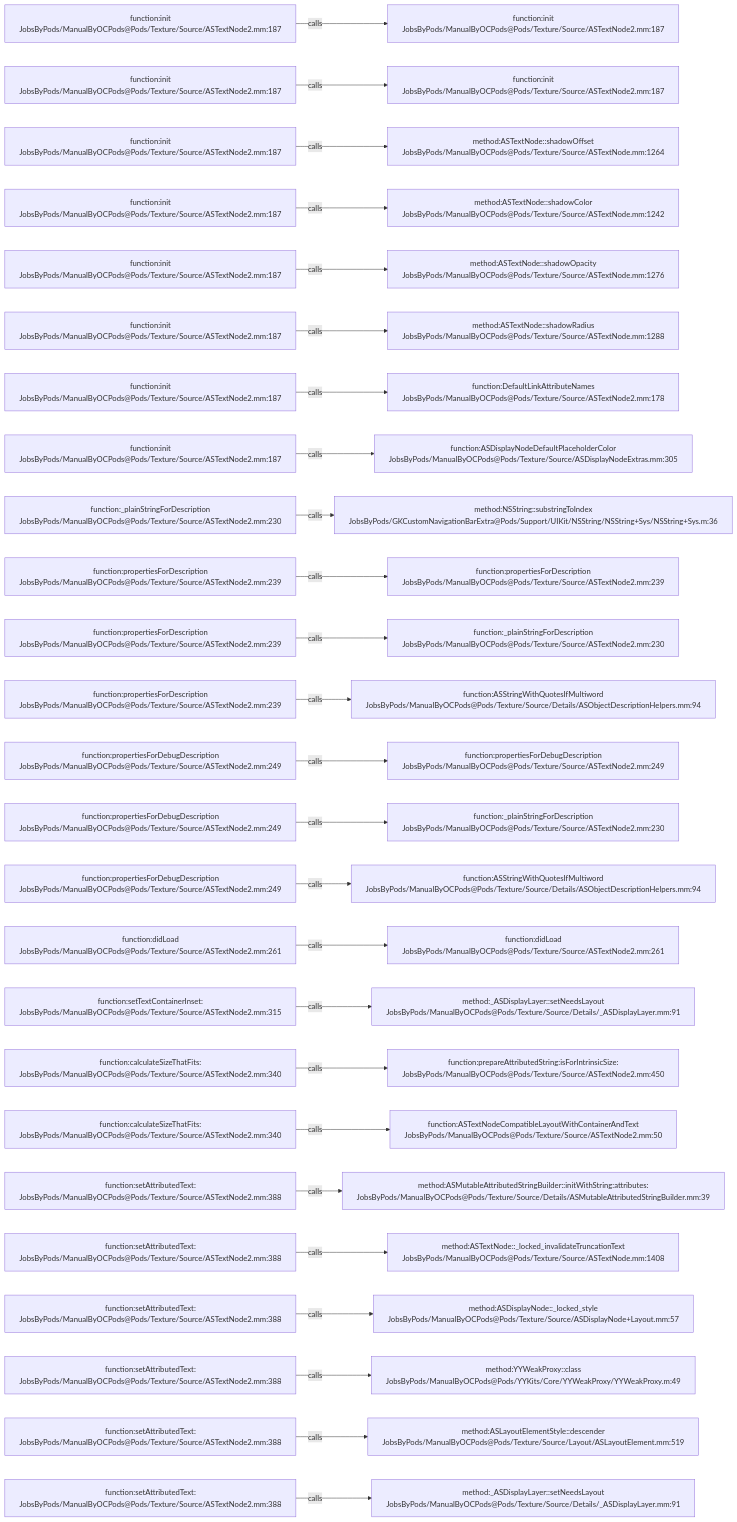
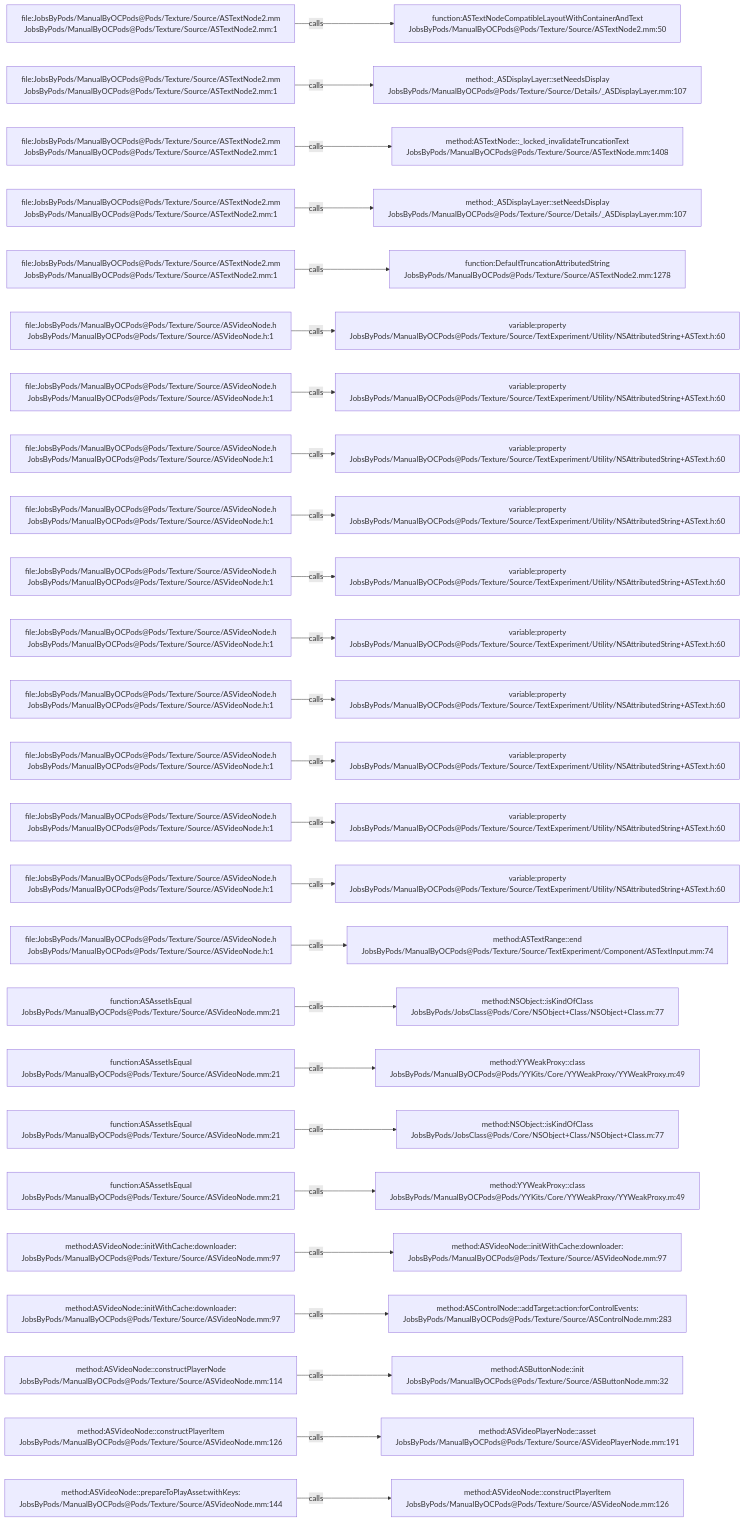
One commit to JobsKits/JobsOCBaseConfigDemo changed the diagram in .codegraph/codegraph.md/graphs/calls-140.md. Above: the diagram before and after it, drawn with Mermaid. The commit also changed 1353 other files, not shown here.

````diff
--- a/.codegraph/codegraph.md/graphs/calls-140.md
+++ b/.codegraph/codegraph.md/graphs/calls-140.md
@@ -13,78 +13,78 @@
 ```mermaid
 flowchart LR
-  S1["function:init<br/>JobsByPods/ManualByOCPods@Pods/Texture/Source/ASTextNode2.mm:187"]
-  T1["function:init<br/>JobsByPods/ManualByOCPods@Pods/Texture/Source/ASTextNode2.mm:187"]
+  S1["file:JobsByPods/ManualByOCPods@Pods/Texture/Source/ASTextNode2.mm<br/>JobsByPods/ManualByOCPods@Pods/Texture/Source/ASTextNode2.mm:1"]
+  T1["function:ASTextNodeCompatibleLayoutWithContainerAndText<br/>JobsByPods/ManualByOCPods@Pods/Texture/Source/ASTextNode2.mm:50"]
   S1 -->|calls| T1
-  S2["function:init<br/>JobsByPods/ManualByOCPods@Pods/Texture/Source/ASTextNode2.mm:187"]
-  T2["function:init<br/>JobsByPods/ManualByOCPods@Pods/Texture/Source/ASTextNode2.mm:187"]
+  S2["file:JobsByPods/ManualByOCPods@Pods/Texture/Source/ASTextNode2.mm<br/>JobsByPods/ManualByOCPods@Pods/Texture/Source/ASTextNode2.mm:1"]
+  T2["method:_ASDisplayLayer::setNeedsDisplay<br/>JobsByPods/ManualByOCPods@Pods/Texture/Source/Details/_ASDisplayLayer.mm:107"]
   S2 -->|calls| T2
-  S3["function:init<br/>JobsByPods/ManualByOCPods@Pods/Texture/Source/ASTextNode2.mm:187"]
-  T3["method:ASTextNode::shadowOffset<br/>JobsByPods/ManualByOCPods@Pods/Texture/Source/ASTextNode.mm:1264"]
+  S3["file:JobsByPods/ManualByOCPods@Pods/Texture/Source/ASTextNode2.mm<br/>JobsByPods/ManualByOCPods@Pods/Texture/Source/ASTextNode2.mm:1"]
+  T3["method:ASTextNode::_locked_invalidateTruncationText<br/>JobsByPods/ManualByOCPods@Pods/Texture/Source/ASTextNode.mm:1408"]
   S3 -->|calls| T3
-  S4["function:init<br/>JobsByPods/ManualByOCPods@Pods/Texture/Source/ASTextNode2.mm:187"]
-  T4["method:ASTextNode::shadowColor<br/>JobsByPods/ManualByOCPods@Pods/Texture/Source/ASTextNode.mm:1242"]
+  S4["file:JobsByPods/ManualByOCPods@Pods/Texture/Source/ASTextNode2.mm<br/>JobsByPods/ManualByOCPods@Pods/Texture/Source/ASTextNode2.mm:1"]
+  T4["method:_ASDisplayLayer::setNeedsDisplay<br/>JobsByPods/ManualByOCPods@Pods/Texture/Source/Details/_ASDisplayLayer.mm:107"]
   S4 -->|calls| T4
-  S5["function:init<br/>JobsByPods/ManualByOCPods@Pods/Texture/Source/ASTextNode2.mm:187"]
-  T5["method:ASTextNode::shadowOpacity<br/>JobsByPods/ManualByOCPods@Pods/Texture/Source/ASTextNode.mm:1276"]
+  S5["file:JobsByPods/ManualByOCPods@Pods/Texture/Source/ASTextNode2.mm<br/>JobsByPods/ManualByOCPods@Pods/Texture/Source/ASTextNode2.mm:1"]
+  T5["function:DefaultTruncationAttributedString<br/>JobsByPods/ManualByOCPods@Pods/Texture/Source/ASTextNode2.mm:1278"]
   S5 -->|calls| T5
-  S6["function:init<br/>JobsByPods/ManualByOCPods@Pods/Texture/Source/ASTextNode2.mm:187"]
-  T6["method:ASTextNode::shadowRadius<br/>JobsByPods/ManualByOCPods@Pods/Texture/Source/ASTextNode.mm:1288"]
+  S6["file:JobsByPods/ManualByOCPods@Pods/Texture/Source/ASVideoNode.h<br/>JobsByPods/ManualByOCPods@Pods/Texture/Source/ASVideoNode.h:1"]
+  T6["variable:property<br/>JobsByPods/ManualByOCPods@Pods/Texture/Source/TextExperiment/Utility/NSAttributedString+ASText.h:60"]
   S6 -->|calls| T6
-  S7["function:init<br/>JobsByPods/ManualByOCPods@Pods/Texture/Source/ASTextNode2.mm:187"]
-  T7["function:DefaultLinkAttributeNames<br/>JobsByPods/ManualByOCPods@Pods/Texture/Source/ASTextNode2.mm:178"]
+  S7["file:JobsByPods/ManualByOCPods@Pods/Texture/Source/ASVideoNode.h<br/>JobsByPods/ManualByOCPods@Pods/Texture/Source/ASVideoNode.h:1"]
+  T7["variable:property<br/>JobsByPods/ManualByOCPods@Pods/Texture/Source/TextExperiment/Utility/NSAttributedString+ASText.h:60"]
   S7 -->|calls| T7
-  S8["function:init<br/>JobsByPods/ManualByOCPods@Pods/Texture/Source/ASTextNode2.mm:187"]
-  T8["function:ASDisplayNodeDefaultPlaceholderColor<br/>JobsByPods/ManualByOCPods@Pods/Texture/Source/ASDisplayNodeExtras.mm:305"]
+  S8["file:JobsByPods/ManualByOCPods@Pods/Texture/Source/ASVideoNode.h<br/>JobsByPods/ManualByOCPods@Pods/Texture/Source/ASVideoNode.h:1"]
+  T8["variable:property<br/>JobsByPods/ManualByOCPods@Pods/Texture/Source/TextExperiment/Utility/NSAttributedString+ASText.h:60"]
   S8 -->|calls| T8
-  S9["function:_plainStringForDescription<br/>JobsByPods/ManualByOCPods@Pods/Texture/Source/ASTextNode2.mm:230"]
-  T9["method:NSString::substringToIndex<br/>JobsByPods/GKCustomNavigationBarExtra@Pods/Support/UIKit/NSString/NSString+Sys/NSString+Sys.m:36"]
+  S9["file:JobsByPods/ManualByOCPods@Pods/Texture/Source/ASVideoNode.h<br/>JobsByPods/ManualByOCPods@Pods/Texture/Source/ASVideoNode.h:1"]
+  T9["variable:property<br/>JobsByPods/ManualByOCPods@Pods/Texture/Source/TextExperiment/Utility/NSAttributedString+ASText.h:60"]
   S9 -->|calls| T9
-  S10["function:propertiesForDescription<br/>JobsByPods/ManualByOCPods@Pods/Texture/Source/ASTextNode2.mm:239"]
-  T10["function:propertiesForDescription<br/>JobsByPods/ManualByOCPods@Pods/Texture/Source/ASTextNode2.mm:239"]
+  S10["file:JobsByPods/ManualByOCPods@Pods/Texture/Source/ASVideoNode.h<br/>JobsByPods/ManualByOCPods@Pods/Texture/Source/ASVideoNode.h:1"]
+  T10["variable:property<br/>JobsByPods/ManualByOCPods@Pods/Texture/Source/TextExperiment/Utility/NSAttributedString+ASText.h:60"]
   S10 -->|calls| T10
-  S11["function:propertiesForDescription<br/>JobsByPods/ManualByOCPods@Pods/Texture/Source/ASTextNode2.mm:239"]
-  T11["function:_plainStringForDescription<br/>JobsByPods/ManualByOCPods@Pods/Texture/Source/ASTextNode2.mm:230"]
+  S11["file:JobsByPods/ManualByOCPods@Pods/Texture/Source/ASVideoNode.h<br/>JobsByPods/ManualByOCPods@Pods/Texture/Source/ASVideoNode.h:1"]
+  T11["variable:property<br/>JobsByPods/ManualByOCPods@Pods/Texture/Source/TextExperiment/Utility/NSAttributedString+ASText.h:60"]
   S11 -->|calls| T11
-  S12["function:propertiesForDescription<br/>JobsByPods/ManualByOCPods@Pods/Texture/Source/ASTextNode2.mm:239"]
-  T12["function:ASStringWithQuotesIfMultiword<br/>JobsByPods/ManualByOCPods@Pods/Texture/Source/Details/ASObjectDescriptionHelpers.mm:94"]
+  S12["file:JobsByPods/ManualByOCPods@Pods/Texture/Source/ASVideoNode.h<br/>JobsByPods/ManualByOCPods@Pods/Texture/Source/ASVideoNode.h:1"]
+  T12["variable:property<br/>JobsByPods/ManualByOCPods@Pods/Texture/Source/TextExperiment/Utility/NSAttributedString+ASText.h:60"]
   S12 -->|calls| T12
-  S13["function:propertiesForDebugDescription<br/>JobsByPods/ManualByOCPods@Pods/Texture/Source/ASTextNode2.mm:249"]
-  T13["function:propertiesForDebugDescription<br/>JobsByPods/ManualByOCPods@Pods/Texture/Source/ASTextNode2.mm:249"]
+  S13["file:JobsByPods/ManualByOCPods@Pods/Texture/Source/ASVideoNode.h<br/>JobsByPods/ManualByOCPods@Pods/Texture/Source/ASVideoNode.h:1"]
+  T13["variable:property<br/>JobsByPods/ManualByOCPods@Pods/Texture/Source/TextExperiment/Utility/NSAttributedString+ASText.h:60"]
   S13 -->|calls| T13
-  S14["function:propertiesForDebugDescription<br/>JobsByPods/ManualByOCPods@Pods/Texture/Source/ASTextNode2.mm:249"]
-  T14["function:_plainStringForDescription<br/>JobsByPods/ManualByOCPods@Pods/Texture/Source/ASTextNode2.mm:230"]
+  S14["file:JobsByPods/ManualByOCPods@Pods/Texture/Source/ASVideoNode.h<br/>JobsByPods/ManualByOCPods@Pods/Texture/Source/ASVideoNode.h:1"]
+  T14["variable:property<br/>JobsByPods/ManualByOCPods@Pods/Texture/Source/TextExperiment/Utility/NSAttributedString+ASText.h:60"]
   S14 -->|calls| T14
-  S15["function:propertiesForDebugDescription<br/>JobsByPods/ManualByOCPods@Pods/Texture/Source/ASTextNode2.mm:249"]
-  T15["function:ASStringWithQuotesIfMultiword<br/>JobsByPods/ManualByOCPods@Pods/Texture/Source/Details/ASObjectDescriptionHelpers.mm:94"]
+  S15["file:JobsByPods/ManualByOCPods@Pods/Texture/Source/ASVideoNode.h<br/>JobsByPods/ManualByOCPods@Pods/Texture/Source/ASVideoNode.h:1"]
+  T15["variable:property<br/>JobsByPods/ManualByOCPods@Pods/Texture/Source/TextExperiment/Utility/NSAttributedString+ASText.h:60"]
   S15 -->|calls| T15
-  S16["function:didLoad<br/>JobsByPods/ManualByOCPods@Pods/Texture/Source/ASTextNode2.mm:261"]
-  T16["function:didLoad<br/>JobsByPods/ManualByOCPods@Pods/Texture/Source/ASTextNode2.mm:261"]
+  S16["file:JobsByPods/ManualByOCPods@Pods/Texture/Source/ASVideoNode.h<br/>JobsByPods/ManualByOCPods@Pods/Texture/Source/ASVideoNode.h:1"]
+  T16["method:ASTextRange::end<br/>JobsByPods/ManualByOCPods@Pods/Texture/Source/TextExperiment/Component/ASTextInput.mm:74"]
   S16 -->|calls| T16
-  S17["function:setTextContainerInset:<br/>JobsByPods/ManualByOCPods@Pods/Texture/Source/ASTextNode2.mm:315"]
-  T17["method:_ASDisplayLayer::setNeedsLayout<br/>JobsByPods/ManualByOCPods@Pods/Texture/Source/Details/_ASDisplayLayer.mm:91"]
+  S17["function:ASAssetIsEqual<br/>JobsByPods/ManualByOCPods@Pods/Texture/Source/ASVideoNode.mm:21"]
+  T17["method:NSObject::isKindOfClass<br/>JobsByPods/JobsClass@Pods/Core/NSObject+Class/NSObject+Class.m:77"]
   S17 -->|calls| T17
-  S18["function:calculateSizeThatFits:<br/>JobsByPods/ManualByOCPods@Pods/Texture/Source/ASTextNode2.mm:340"]
-  T18["function:prepareAttributedString:isForIntrinsicSize:<br/>JobsByPods/ManualByOCPods@Pods/Texture/Source/ASTextNode2.mm:450"]
+  S18["function:ASAssetIsEqual<br/>JobsByPods/ManualByOCPods@Pods/Texture/Source/ASVideoNode.mm:21"]
+  T18["method:YYWeakProxy::class<br/>JobsByPods/ManualByOCPods@Pods/YYKits/Core/YYWeakProxy/YYWeakProxy.m:49"]
   S18 -->|calls| T18
-  S19["function:calculateSizeThatFits:<br/>JobsByPods/ManualByOCPods@Pods/Texture/Source/ASTextNode2.mm:340"]
-  T19["function:ASTextNodeCompatibleLayoutWithContainerAndText<br/>JobsByPods/ManualByOCPods@Pods/Texture/Source/ASTextNode2.mm:50"]
+  S19["function:ASAssetIsEqual<br/>JobsByPods/ManualByOCPods@Pods/Texture/Source/ASVideoNode.mm:21"]
+  T19["method:NSObject::isKindOfClass<br/>JobsByPods/JobsClass@Pods/Core/NSObject+Class/NSObject+Class.m:77"]
   S19 -->|calls| T19
-  S20["function:setAttributedText:<br/>JobsByPods/ManualByOCPods@Pods/Texture/Source/ASTextNode2.mm:388"]
-  T20["method:ASMutableAttributedStringBuilder::initWithString:attributes:<br/>JobsByPods/ManualByOCPods@Pods/Texture/Source/Details/ASMutableAttributedStringBuilder.mm:39"]
+  S20["function:ASAssetIsEqual<br/>JobsByPods/ManualByOCPods@Pods/Texture/Source/ASVideoNode.mm:21"]
+  T20["method:YYWeakProxy::class<br/>JobsByPods/ManualByOCPods@Pods/YYKits/Core/YYWeakProxy/YYWeakProxy.m:49"]
   S20 -->|calls| T20
-  S21["function:setAttributedText:<br/>JobsByPods/ManualByOCPods@Pods/Texture/Source/ASTextNode2.mm:388"]
-  T21["method:ASTextNode::_locked_invalidateTruncationText<br/>JobsByPods/ManualByOCPods@Pods/Texture/Source/ASTextNode.mm:1408"]
+  S21["method:ASVideoNode::initWithCache:downloader:<br/>JobsByPods/ManualByOCPods@Pods/Texture/Source/ASVideoNode.mm:97"]
+  T21["method:ASVideoNode::initWithCache:downloader:<br/>JobsByPods/ManualByOCPods@Pods/Texture/Source/ASVideoNode.mm:97"]
   S21 -->|calls| T21
-  S22["function:setAttributedText:<br/>JobsByPods/ManualByOCPods@Pods/Texture/Source/ASTextNode2.mm:388"]
-  T22["method:ASDisplayNode::_locked_style<br/>JobsByPods/ManualByOCPods@Pods/Texture/Source/ASDisplayNode+Layout.mm:57"]
+  S22["method:ASVideoNode::initWithCache:downloader:<br/>JobsByPods/ManualByOCPods@Pods/Texture/Source/ASVideoNode.mm:97"]
+  T22["method:ASControlNode::addTarget:action:forControlEvents:<br/>JobsByPods/ManualByOCPods@Pods/Texture/Source/ASControlNode.mm:283"]
   S22 -->|calls| T22
-  S23["function:setAttributedText:<br/>JobsByPods/ManualByOCPods@Pods/Texture/Source/ASTextNode2.mm:388"]
-  T23["method:YYWeakProxy::class<br/>JobsByPods/ManualByOCPods@Pods/YYKits/Core/YYWeakProxy/YYWeakProxy.m:49"]
+  S23["method:ASVideoNode::constructPlayerNode<br/>JobsByPods/ManualByOCPods@Pods/Texture/Source/ASVideoNode.mm:114"]
+  T23["method:ASButtonNode::init<br/>JobsByPods/ManualByOCPods@Pods/Texture/Source/ASButtonNode.mm:32"]
   S23 -->|calls| T23
-  S24["function:setAttributedText:<br/>JobsByPods/ManualByOCPods@Pods/Texture/Source/ASTextNode2.mm:388"]
-  T24["method:ASLayoutElementStyle::descender<br/>JobsByPods/ManualByOCPods@Pods/Texture/Source/Layout/ASLayoutElement.mm:519"]
+  S24["method:ASVideoNode::constructPlayerItem<br/>JobsByPods/ManualByOCPods@Pods/Texture/Source/ASVideoNode.mm:126"]
+  T24["method:ASVideoPlayerNode::asset<br/>JobsByPods/ManualByOCPods@Pods/Texture/Source/ASVideoPlayerNode.mm:191"]
   S24 -->|calls| T24
-  S25["function:setAttributedText:<br/>JobsByPods/ManualByOCPods@Pods/Texture/Source/ASTextNode2.mm:388"]
-  T25["method:_ASDisplayLayer::setNeedsLayout<br/>JobsByPods/ManualByOCPods@Pods/Texture/Source/Details/_ASDisplayLayer.mm:91"]
+  S25["method:ASVideoNode::prepareToPlayAsset:withKeys:<br/>JobsByPods/ManualByOCPods@Pods/Texture/Source/ASVideoNode.mm:144"]
+  T25["method:ASVideoNode::constructPlayerItem<br/>JobsByPods/ManualByOCPods@Pods/Texture/Source/ASVideoNode.mm:126"]
   S25 -->|calls| T25
 ```
````
